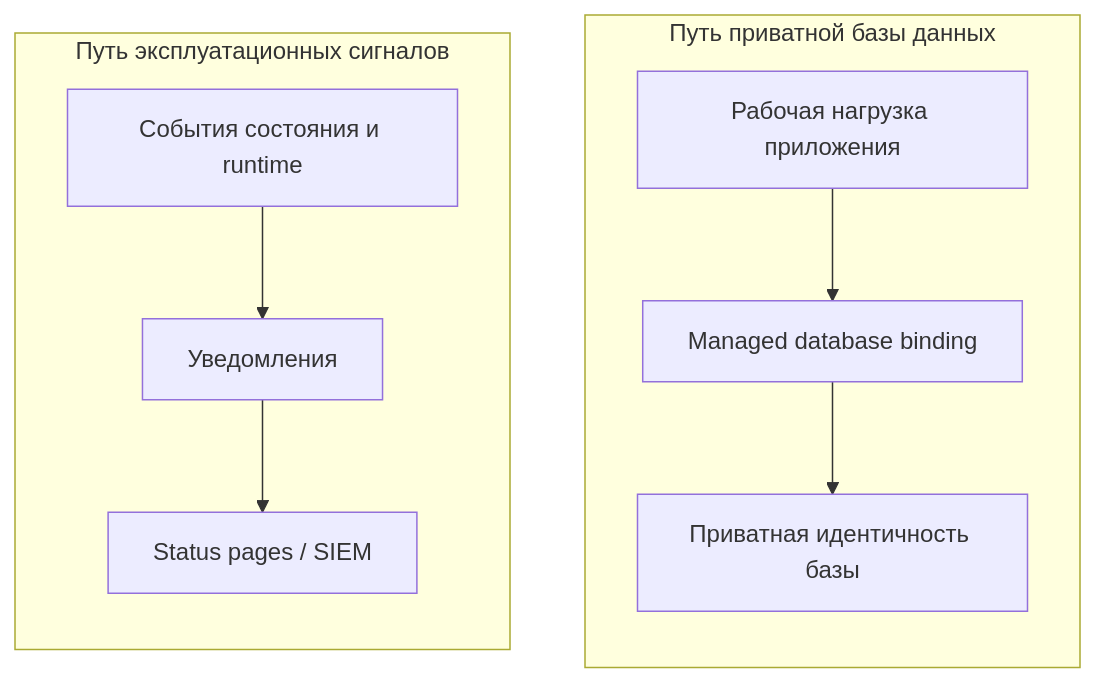
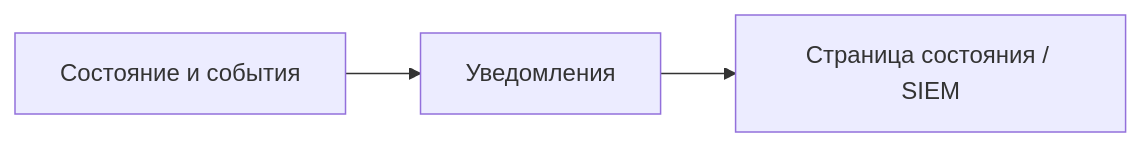
One commit to the-square-labs/gateway-docs changed the fourth of 4 diagrams in src/content/docs/ru/index.mdx. Above: the diagram before and after it, drawn with Mermaid. The commit also changed other lines of this file and 74 other files, not shown here.

````diff
--- a/src/content/docs/ru/index.mdx
+++ b/src/content/docs/ru/index.mdx
@@ -56,12 +60,4 @@
 ```mermaid
-flowchart TB
-    subgraph database["Путь приватной базы данных"]
-        direction TB
-        application["Рабочая нагрузка приложения"] --> binding["Managed database binding"] --> identity["Приватная идентичность базы"]
-    end
-
-    subgraph operations["Путь эксплуатационных сигналов"]
-        direction TB
-        events["События состояния и runtime"] --> notifications["Уведомления"] --> consumers["Status pages / SIEM"]
-    end
+flowchart LR
+    events["Состояние и события"] --> notifications["Уведомления"] --> consumers["Страница состояния / SIEM"]
 ```
````
